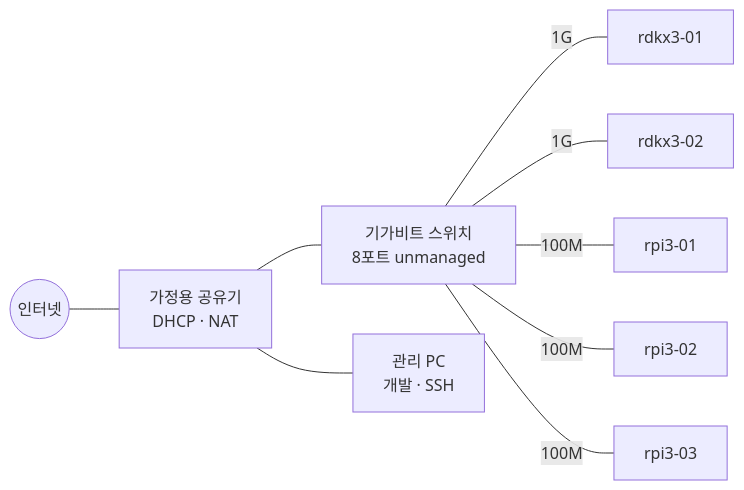
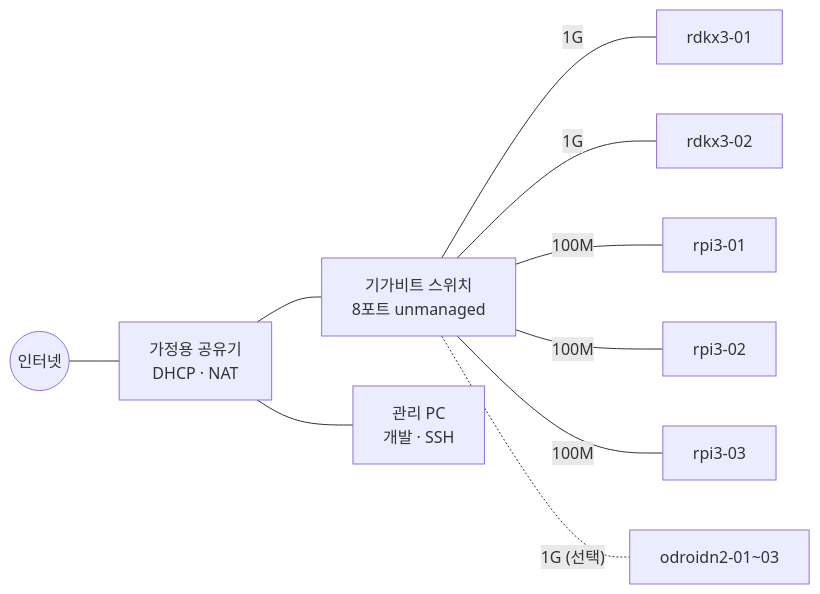
The second of 4 diagrams in docs/design/topology.md (Yuchan-00/Cluster_Web), drawn with Mermaid before and after one commit. The commit also changed other lines of this file and 21 other files, not shown here.

````diff
--- a/docs/design/topology.md
+++ b/docs/design/topology.md
@@ -129,11 +172,12 @@
 ```mermaid
 flowchart LR
   NET(("인터넷")) --- RT["가정용 공유기<br/>DHCP · NAT"]
   RT --- SW["기가비트 스위치<br/>8포트 unmanaged"]
   RT --- PC["관리 PC<br/>개발 · SSH"]
   SW ---|"1G"| R1["rdkx3-01"]
   SW ---|"1G"| R2["rdkx3-02"]
   SW ---|"100M"| P1["rpi3-01"]
   SW ---|"100M"| P2["rpi3-02"]
   SW ---|"100M"| P3["rpi3-03"]
+  SW -.-|"1G (선택)"| N1["odroidn2-01~03"]
 ```
````
